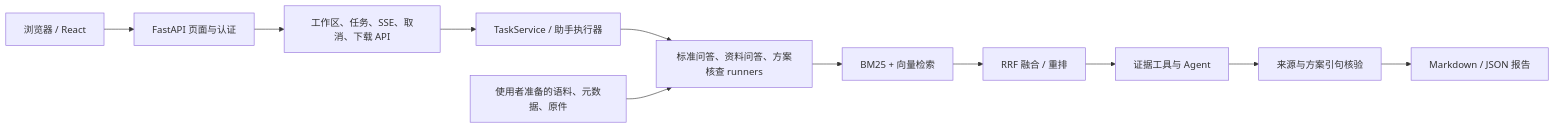
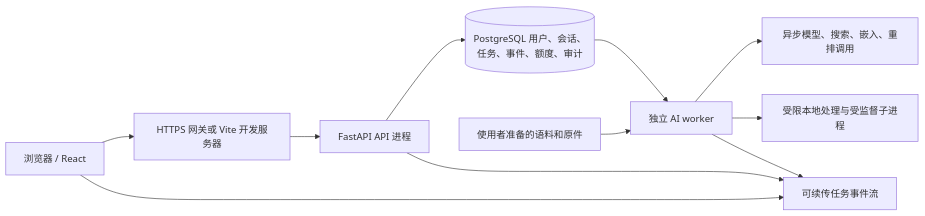
Before and after one commit to L1pp/rag-arch-demo: the diagram in docs/architecture.md, drawn with Mermaid. The commit also changed other lines of this file and 161 other files, not shown here.

First line of the commit message:
feat: publish latest React/FastAPI architecture and retire Streamlit (#1)

```diff
--- a/docs/architecture.md
+++ b/docs/architecture.md
@@ -7,13 +7,13 @@
 ~~~~mermaid
 flowchart LR
-    U[浏览器 / React] --> A[FastAPI 页面与认证]
-    A --> B[工作区、任务、SSE、取消、下载 API]
-    B --> C[TaskService / 助手执行器]
-    C --> D[标准问答、资料问答、方案核查 runners]
-    D --> E[BM25 + 向量检索]
-    E --> F[RRF 融合 / 重排]
-    F --> G[证据工具与 Agent]
-    G --> H[来源与方案引句核验]
-    H --> I[Markdown / JSON 报告]
-    J[使用者准备的语料、元数据、原件] --> D
+    U[浏览器 / React] --> G[HTTPS 网关或 Vite 开发服务器]
+    G --> A[FastAPI API 进程]
+    A --> D[(PostgreSQL 用户、会话、任务、事件、额度、审计)]
+    D --> W[独立 AI worker]
+    W --> M[异步模型、搜索、嵌入、重排调用]
+    W --> L[受限本地处理与受监督子进程]
+    U --> E[可续传任务事件流]
+    A --> E
+    W --> E
+    C[使用者准备的语料和原件] --> W
 ~~~~
```
